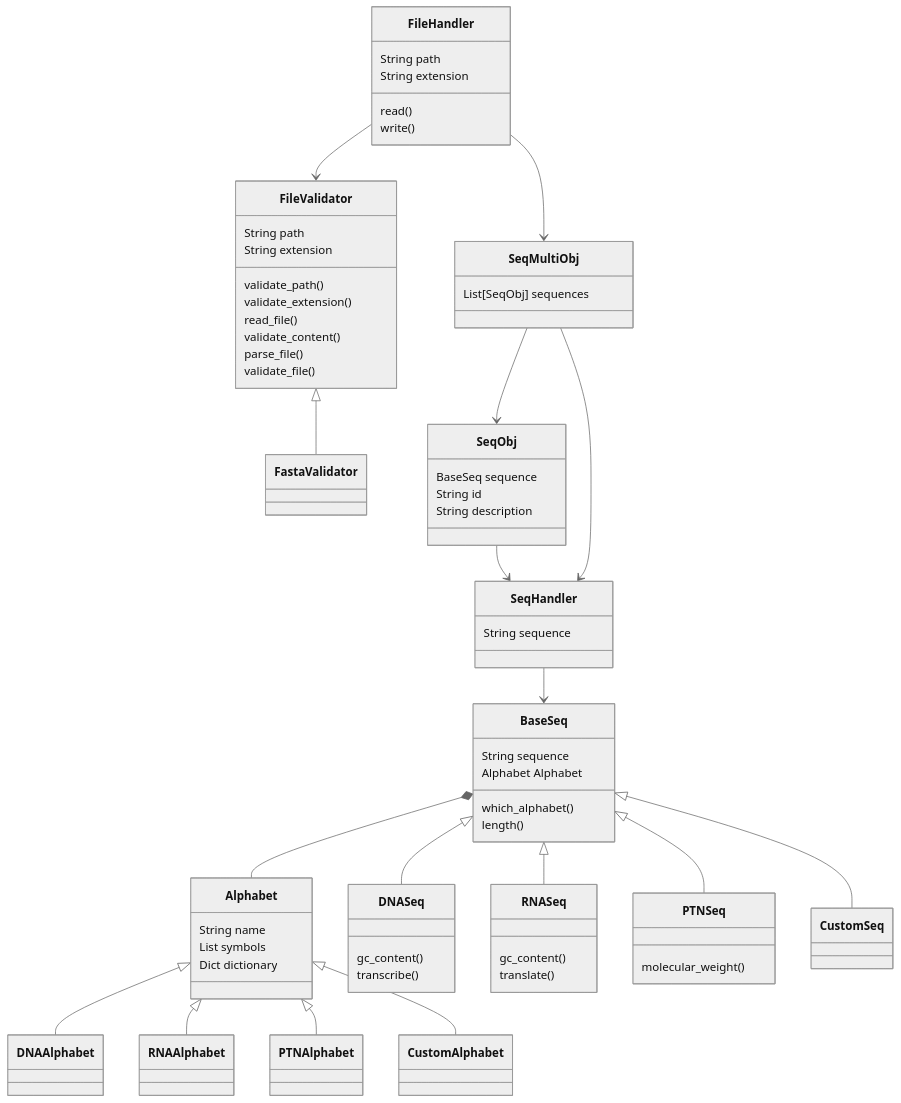
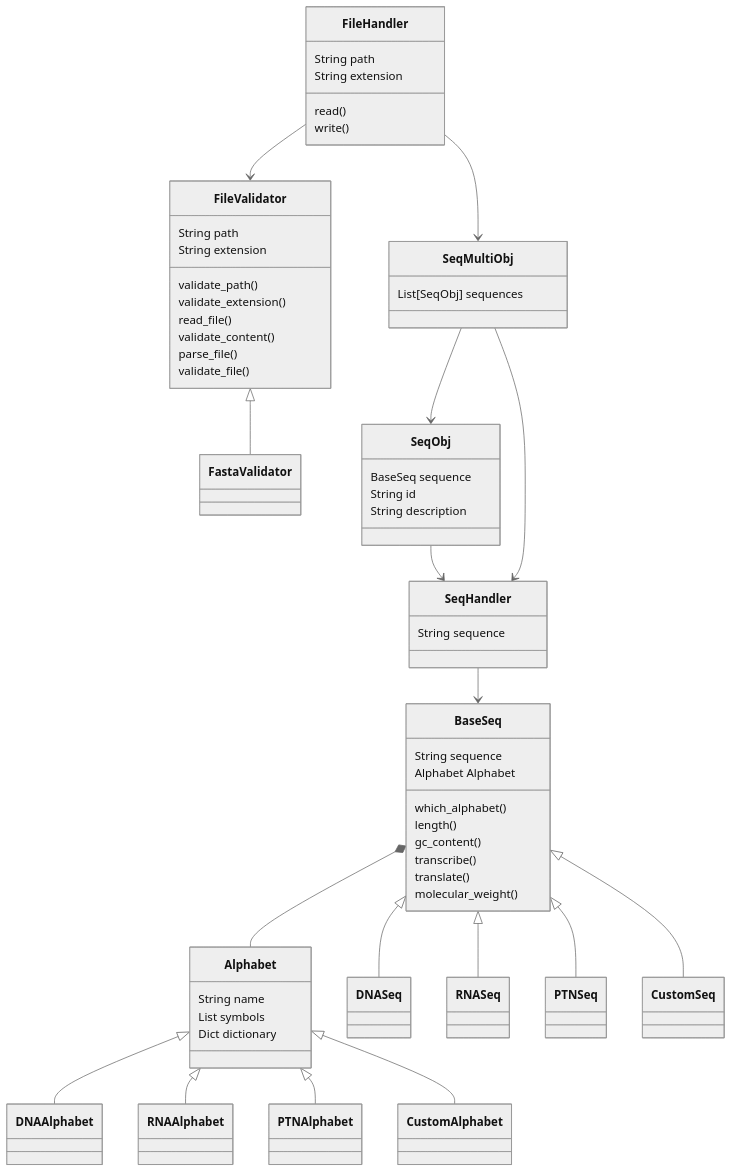
One commit to lorranavf/pyladies_bioinfo_projetc_v1 changed the diagram in docs/class.md. Above: the diagram before and after it, drawn with Mermaid (neutral theme).

Commit message:
docs: reformating class diagram

```diff
--- a/docs/class.md
+++ b/docs/class.md
@@ -9,9 +9,13 @@
         List symbols
         Dict dictionary
     }
+
     class DNAAlphabet{}
+
     class RNAAlphabet{}
+
     class PTNAlphabet{}
+
     class CustomAlphabet{}
 
     class BaseSeq{
@@ -19,18 +23,18 @@
         Alphabet Alphabet
         which_alphabet()
         length()
-    }
-    class DNASeq{
         gc_content()
         transcribe()
-    }
-    class RNASeq{
-        gc_content()
         translate()
-    }
-    class PTNSeq{
         molecular_weight()
     }
+
+    class DNASeq{}
+
+    class RNASeq{}
+
+    class PTNSeq{}
+    
     class CustomSeq{}
 
     class SeqHandler{
@@ -42,15 +46,18 @@
         String id
         String description
     }
+
     class SeqMultiObj{
         List[SeqObj] sequences
     }
+
     class FileHandler{
         String path
         String extension
         read()
         write()
     }
+
     class FileValidator{
         String path
         String extension
@@ -61,6 +68,7 @@
         parse_file()
         validate_file()
     }
+
     class FastaValidator{}
 
     Alphabet <|-- DNAAlphabet
```
